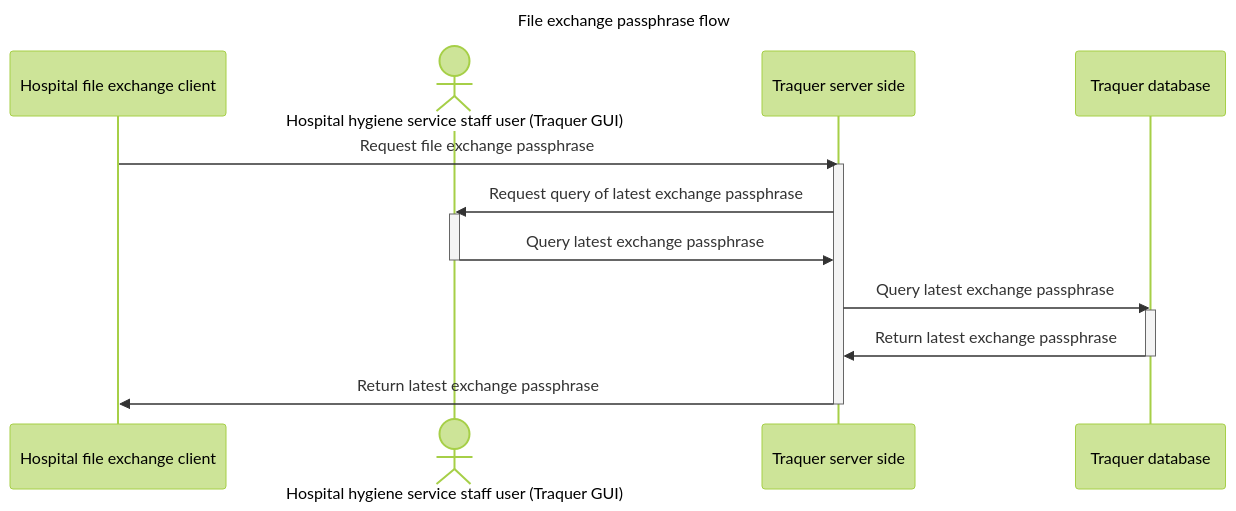
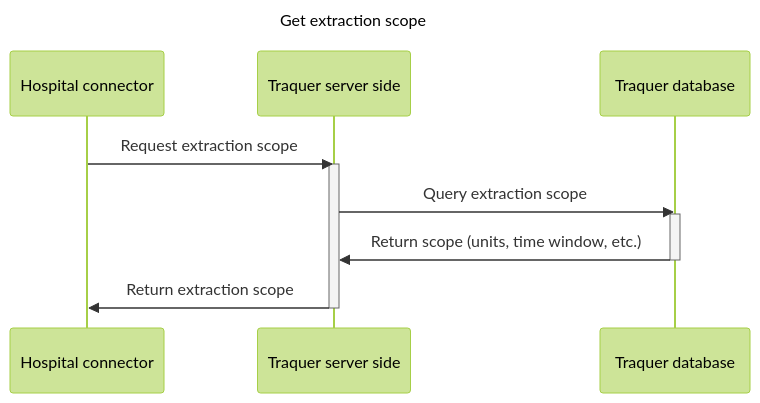
Before and after one commit to TRAqueR-BHR/TRAQUER.jl: the first of 2 diagrams in READMEs/file-gateway/README.md, drawn with Mermaid (forest theme). The commit also changed other lines of this file, not shown here.

Commit message:
Refactor README.md to improve clarity and structure of file exchange documentation

````diff
--- a/READMEs/file-gateway/README.md
+++ b/READMEs/file-gateway/README.md
@@ -15,27 +24,21 @@
 ```mermaid
 sequenceDiagram
-title File exchange passphrase flow
+title Get extraction scope
 
 %% Participants
-participant HC as Hospital file exchange client
-actor HU as Hospital hygiene service staff user (Traquer GUI)
+participant C as Hospital connector
 participant TS as Traquer server side
 participant TDB as Traquer database
 
 %% Messages
-HC->>TS: Request file exchange passphrase
+C->>TS: Request extraction scope
 activate TS
 
-TS->>HU: Request query of latest exchange passphrase
-activate HU
-HU->>TS: Query latest exchange passphrase
-deactivate HU
-
-TS->>TDB: Query latest exchange passphrase
+TS->>TDB: Query extraction scope
 activate TDB
-TDB->>TS: Return latest exchange passphrase
+TDB->>TS: Return scope (units, time window, etc.)
 deactivate TDB
 
-TS->>HC: Return latest exchange passphrase
+TS->>C: Return extraction scope
 deactivate TS
 ```
````
